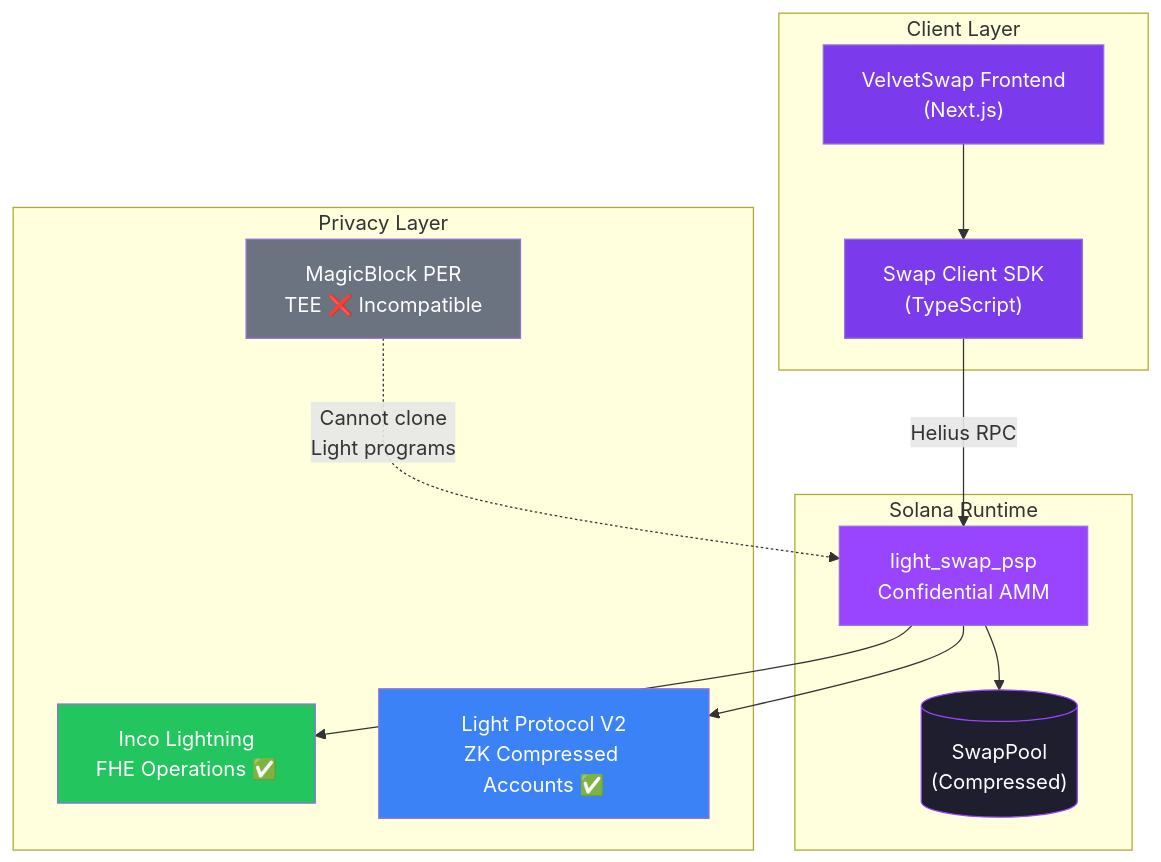
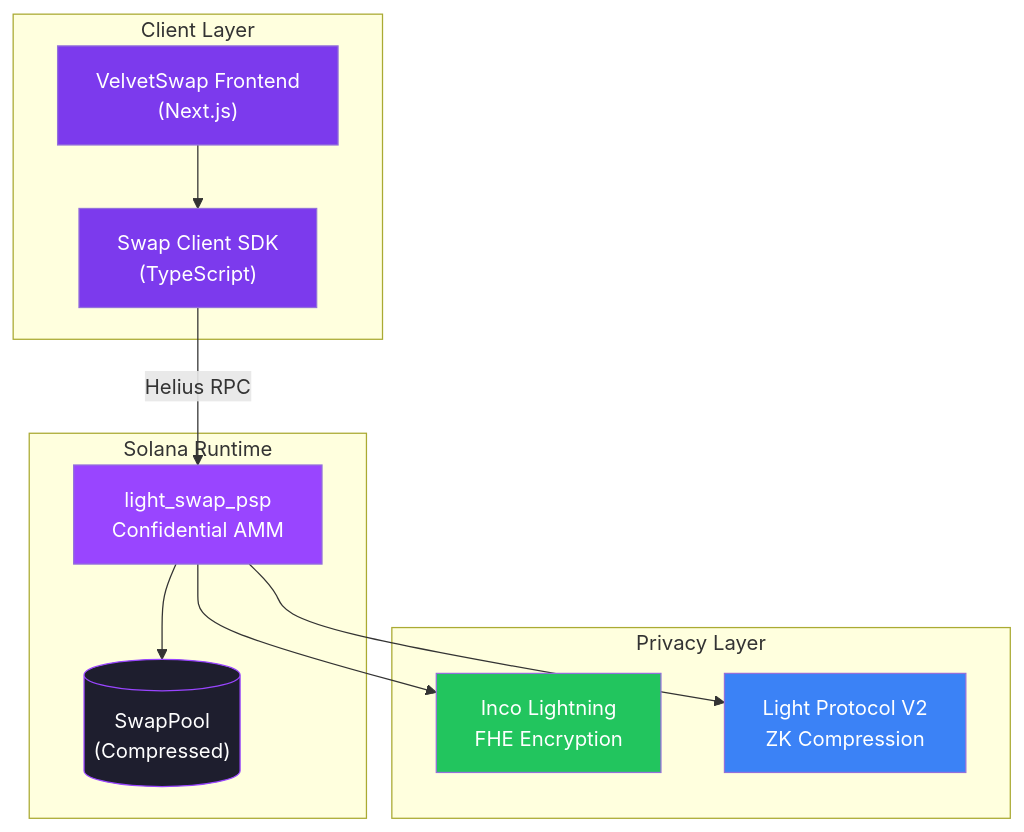
The first of 9 diagrams in ARCHITECTURE.md (N-45div/Velvet_swap_program), drawn with Mermaid before and after one commit. The commit also changed other lines of this file and 2 other files, not shown here.

First line of the commit message:
docs: update README and ARCHITECTURE, remove MagicBlock PER script

````diff
--- a/ARCHITECTURE.md
+++ b/ARCHITECTURE.md
@@ -23,33 +30,30 @@
 ```mermaid
 graph TB
     subgraph "Client Layer"
         UI["VelvetSwap Frontend<br/>(Next.js)"]
         SDK["Swap Client SDK<br/>(TypeScript)"]
     end
 
     subgraph "Privacy Layer"
-        INCO["Inco Lightning<br/>FHE Operations ✅"]
-        LIGHT["Light Protocol V2<br/>ZK Compressed Accounts ✅"]
-        PER["MagicBlock PER<br/>TEE ❌ Incompatible"]
+        INCO["Inco Lightning<br/>FHE Encryption"]
+        LIGHT["Light Protocol V2<br/>ZK Compression"]
     end
 
     subgraph "Solana Runtime"
         PROGRAM["light_swap_psp<br/>Confidential AMM"]
         POOL[("SwapPool<br/>(Compressed)")]
     end
 
     UI --> SDK
     SDK --> |"Helius RPC"| PROGRAM
     PROGRAM --> INCO
     PROGRAM --> LIGHT
     PROGRAM --> POOL
-    PER -.-> |"Cannot clone<br/>Light programs"| PROGRAM
 
     style UI fill:#7C3AED,color:#fff
     style SDK fill:#7C3AED,color:#fff
     style INCO fill:#22C55E,color:#fff
     style LIGHT fill:#3B82F6,color:#fff
-    style PER fill:#6B7280,color:#fff
     style PROGRAM fill:#9945FF,color:#fff
     style POOL fill:#1e1e2e,color:#fff,stroke:#9945FF
 ```
````
